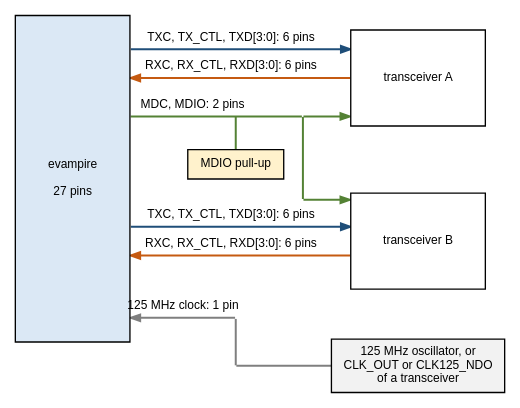
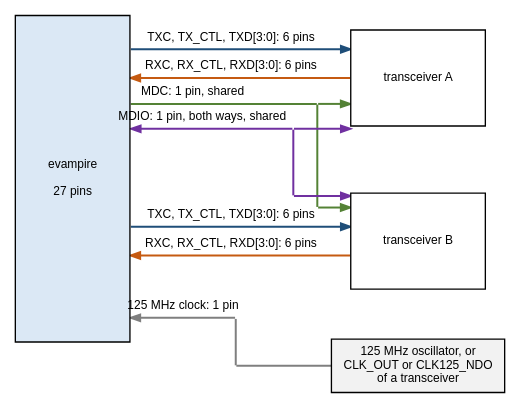
One commit to mithro/evampire changed the diagram in docs/ethernet/rgmii/pinout.dot. Above: the diagram before and after it, drawn with Graphviz. The commit also changed 8 other files, not shown here.

```diff
--- a/docs/ethernet/rgmii/pinout.dot
+++ b/docs/ethernet/rgmii/pinout.dot
@@ -1,58 +1,62 @@
 // evampire's RGMII and management pins: 6 transmit and 6 receive pins per
-// port, MDC and MDIO shared by both transceivers with the MDIO pull-up,
-// and the 125 MHz reference clock from an oscillator or a transceiver.
+// port, MDC (driven by evampire) and MDIO (both ways) shared by both
+// transceivers, and the 125 MHz reference clock from an oscillator or a
+// transceiver. The MDIO pull-up is drawn in mdio-bus.dot.
 //
 // Fixed grid, positions in inches.
 //
 // SPDX-License-Identifier: Apache-2.0
 
 digraph pinout {
     graph [layout=neato, splines=false, outputorder=edgesfirst,
            fontname="Helvetica", fontsize=10];
     node  [fontname="Helvetica", fontsize=9, pin=true, shape=box,
            style=filled, fixedsize=true];
     edge  [penwidth=1.5, arrowsize=0.7, fontname="Helvetica", fontsize=9];
 
     ev [pos="0.7,1.6!", width=1.2, height=3.4, fillcolor="#dbe8f5",
         label="evampire\n\n27 pins"];
     pa [pos="4.3,2.65!", width=1.4, height=1.0, fillcolor="#ffffff",
         label="transceiver A"];
     pb [pos="4.3,0.95!", width=1.4, height=1.0, fillcolor="#ffffff",
         label="transceiver B"];
     osc [pos="4.3,-0.35!", width=1.8, height=0.55, fillcolor="#f2f2f2",
          label="125 MHz oscillator, or\nCLK_OUT or CLK125_NDO\nof a transceiver"];
-    pu [pos="2.4,1.75!", width=1.0, height=0.3, fillcolor="#fff2cc",
-        label="MDIO pull-up"];
 
     node [shape=point, width=0.01, height=0.01, style=invis];
     e1 [pos="1.3,2.95!"]; a1 [pos="3.6,2.95!"];
     e2 [pos="1.3,2.65!"]; a2 [pos="3.6,2.65!"];
     e3 [pos="1.3,1.1!"]; b3 [pos="3.6,1.1!"];
     e4 [pos="1.3,0.8!"]; b4 [pos="3.6,0.8!"];
-    e5 [pos="1.3,2.25!"]; k5 [pos="3.1,2.25!"]; a5 [pos="3.6,2.25!"];
-    k5b [pos="3.1,1.38!"]; b5 [pos="3.6,1.38!"];
+    e5 [pos="1.3,2.38!"]; k5 [pos="3.25,2.38!"]; a5 [pos="3.6,2.38!"];
+    k5b [pos="3.25,1.3!"]; b5 [pos="3.6,1.3!"];
+    e7 [pos="1.3,2.12!"]; k7 [pos="3.0,2.12!"]; a7 [pos="3.6,2.12!"];
+    k7b [pos="3.0,1.42!"]; b7 [pos="3.6,1.42!"];
     e6 [pos="1.3,0.15!"]; k6 [pos="2.4,0.15!"]; o6 [pos="3.5,-0.35!"];
     k6b [pos="2.4,-0.35!"];
-    kp [pos="2.4,2.25!"];
 
     node [shape=plaintext, style="", width=2.2, height=0.2, fontsize=9];
     l1 [pos="2.35,3.07!", label="TXC, TX_CTL, TXD[3:0]: 6 pins"];
     l2 [pos="2.35,2.77!", label="RXC, RX_CTL, RXD[3:0]: 6 pins"];
-    l3 [pos="1.95,2.37!", width=1.4, label="MDC, MDIO: 2 pins"];
+    l3 [pos="1.95,2.5!", width=1.4, label="MDC: 1 pin, shared"];
+    l7 [pos="2.05,2.24!", width=2.3, label="MDIO: 1 pin, both ways, shared"];
     l4 [pos="2.35,1.22!", label="TXC, TX_CTL, TXD[3:0]: 6 pins"];
     l5 [pos="2.35,0.92!", label="RXC, RX_CTL, RXD[3:0]: 6 pins"];
     l6 [pos="1.85,0.27!", width=1.4, label="125 MHz clock: 1 pin"];
 
     e1 -> a1 [color="#1f4e79"];
     a2 -> e2 [color="#c55a11"];
     e3 -> b3 [color="#1f4e79"];
     b4 -> e4 [color="#c55a11"];
     e5 -> k5 [dir=none, color="#548235"];
     k5 -> a5 [color="#548235"];
     k5 -> k5b [dir=none, color="#548235"];
     k5b -> b5 [color="#548235"];
-    kp -> pu [dir=none, color="#548235"];
+    e7 -> k7 [dir=back, color="#7030a0"];
+    k7 -> a7 [color="#7030a0"];
+    k7 -> k7b [dir=none, color="#7030a0"];
+    k7b -> b7 [color="#7030a0"];
     o6 -> k6b [dir=none, color="#7f7f7f"];
     k6b -> k6 [dir=none, color="#7f7f7f"];
     k6 -> e6 [color="#7f7f7f"];
 }
```
